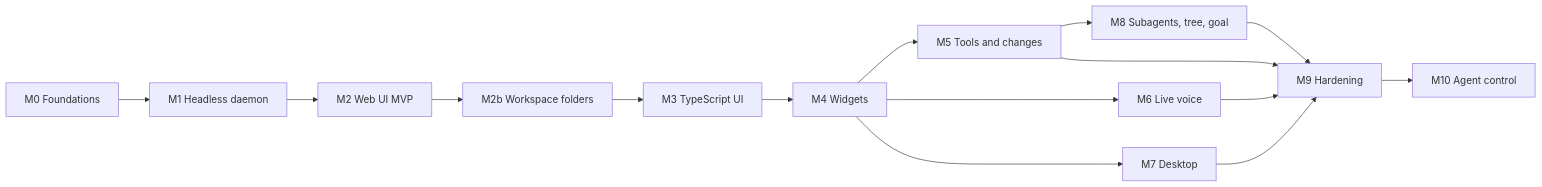
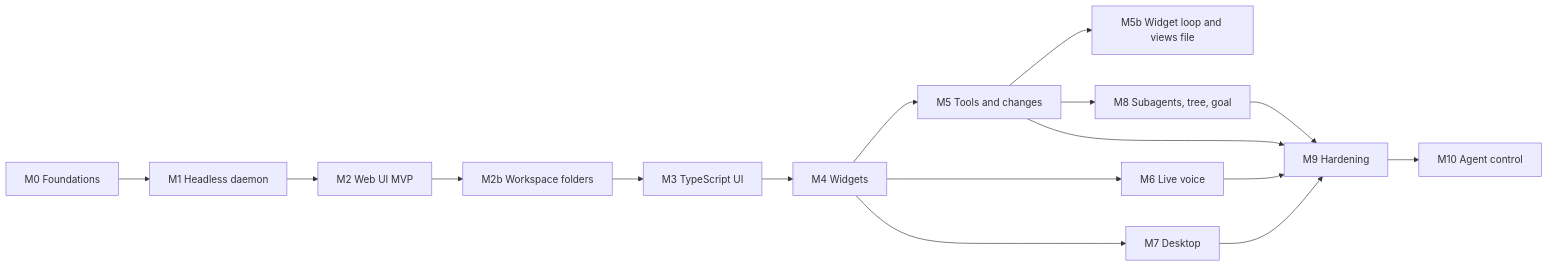
The diagram in docs/specs/07-roadmap.md (TonioGela/omfp), drawn with Mermaid before and after one commit. The commit also changed other lines of this file and 58 other files, not shown here.

First line of the commit message:
feat: mode line, widget tooling for agents and always-present views (M5b)

````diff
--- a/docs/specs/07-roadmap.md
+++ b/docs/specs/07-roadmap.md
@@ -7,10 +7,10 @@
 ```mermaid
 flowchart LR
   M0[M0 Foundations] --> M1[M1 Headless daemon] --> M2[M2 Web UI MVP] --> M2b[M2b Workspace folders]
   M2b --> M3[M3 TypeScript UI] --> M4[M4 Widgets]
-  M4 --> M5[M5 Tools and changes]
+  M4 --> M5[M5 Tools and changes] --> M5b[M5b Widget loop and views file]
   M4 --> M6[M6 Live voice]
   M4 --> M7[M7 Desktop]
   M5 --> M8[M8 Subagents, tree, goal]
   M5 & M6 & M7 & M8 --> M9[M9 Hardening] --> M10[M10 Agent control]
 ```
````
